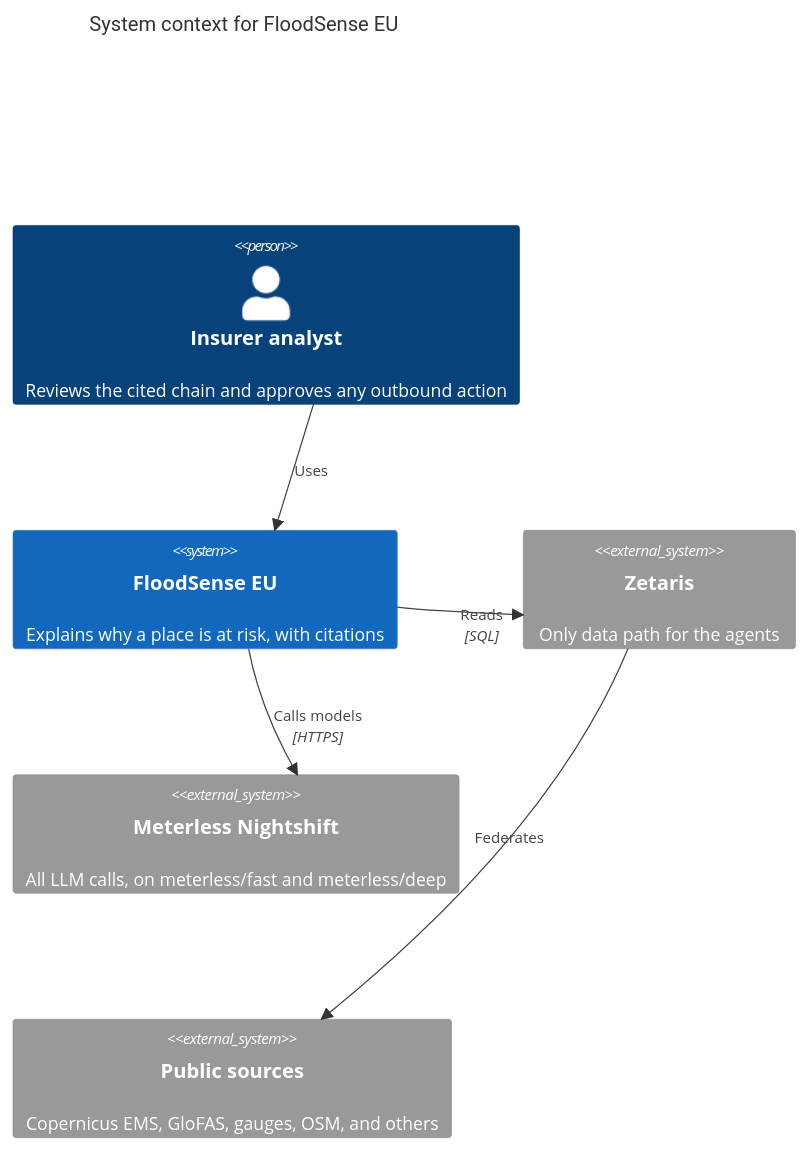
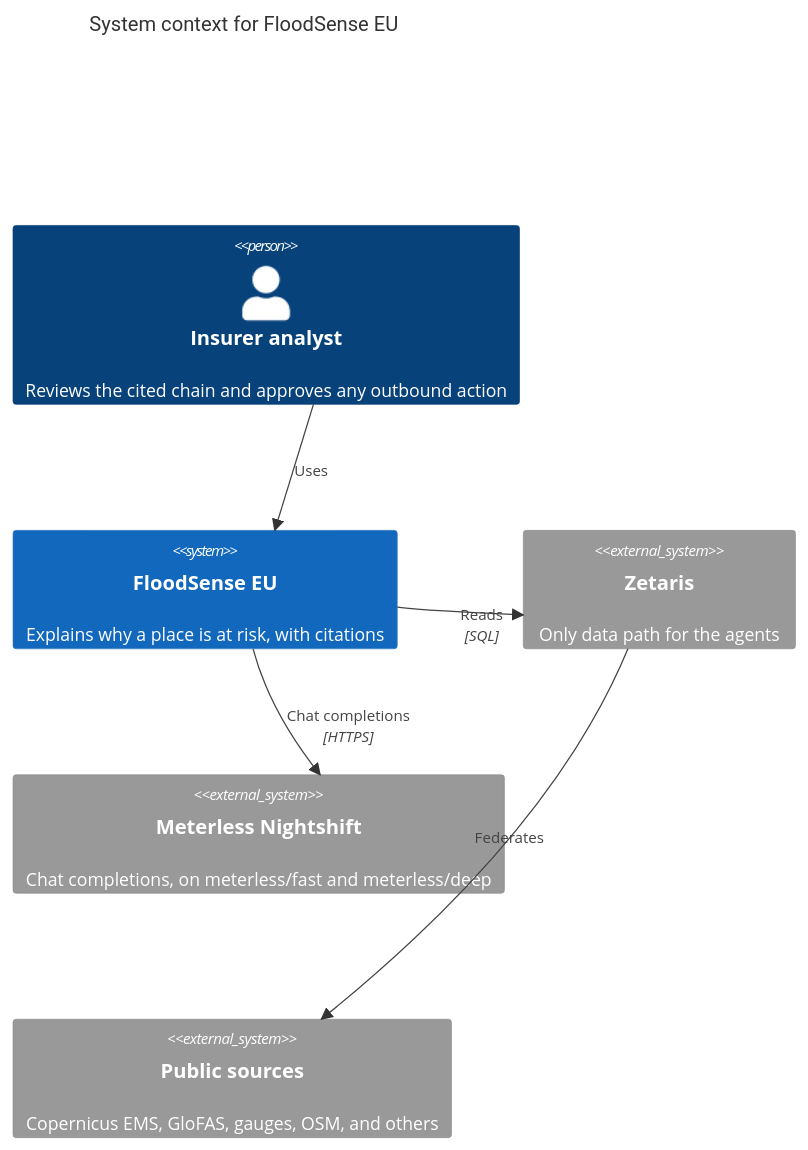
Before and after one commit to GenAI-Open-Agent-Hackathon/FloodSenseEU-Hackathon-Monorepo: the first of 3 diagrams in docs/architecture/c4.md, drawn with Mermaid. The commit also changed other lines of this file and 21 other files, not shown here.

````diff
--- a/docs/architecture/c4.md
+++ b/docs/architecture/c4.md
@@ -18,17 +18,17 @@
 ```mermaid
 C4Context
 title System context for FloodSense EU
 
 Person(analyst, "Insurer analyst", "Reviews the cited chain and approves any outbound action")
 
 System(floodsense, "FloodSense EU", "Explains why a place is at risk, with citations")
 
 System_Ext(zetaris, "Zetaris", "Only data path for the agents")
-System_Ext(nightshift, "Meterless Nightshift", "All LLM calls, on meterless/fast and meterless/deep")
+System_Ext(nightshift, "Meterless Nightshift", "Chat completions, on meterless/fast and meterless/deep")
 System_Ext(sources, "Public sources", "Copernicus EMS, GloFAS, gauges, OSM, and others")
 
 Rel(analyst, floodsense, "Uses")
 Rel(floodsense, zetaris, "Reads", "SQL")
-Rel(floodsense, nightshift, "Calls models", "HTTPS")
+Rel(floodsense, nightshift, "Chat completions", "HTTPS")
 Rel(zetaris, sources, "Federates")
 ```
````
